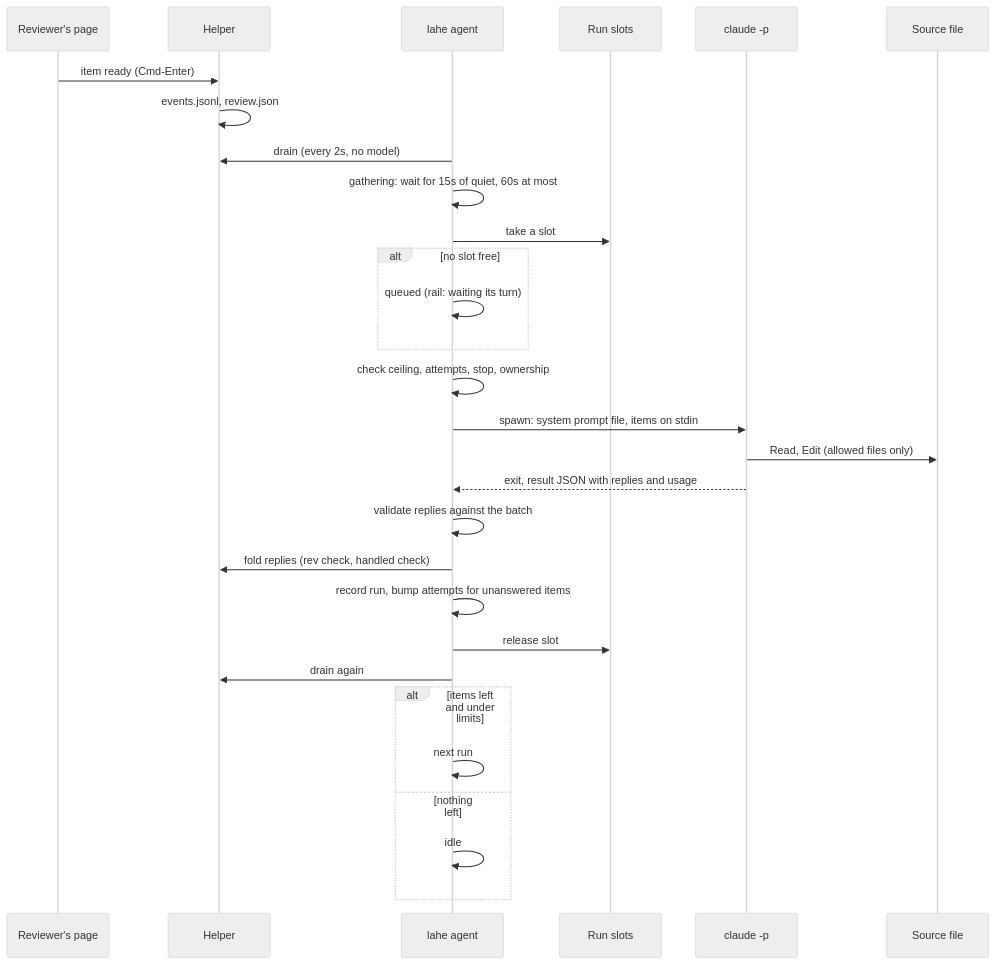
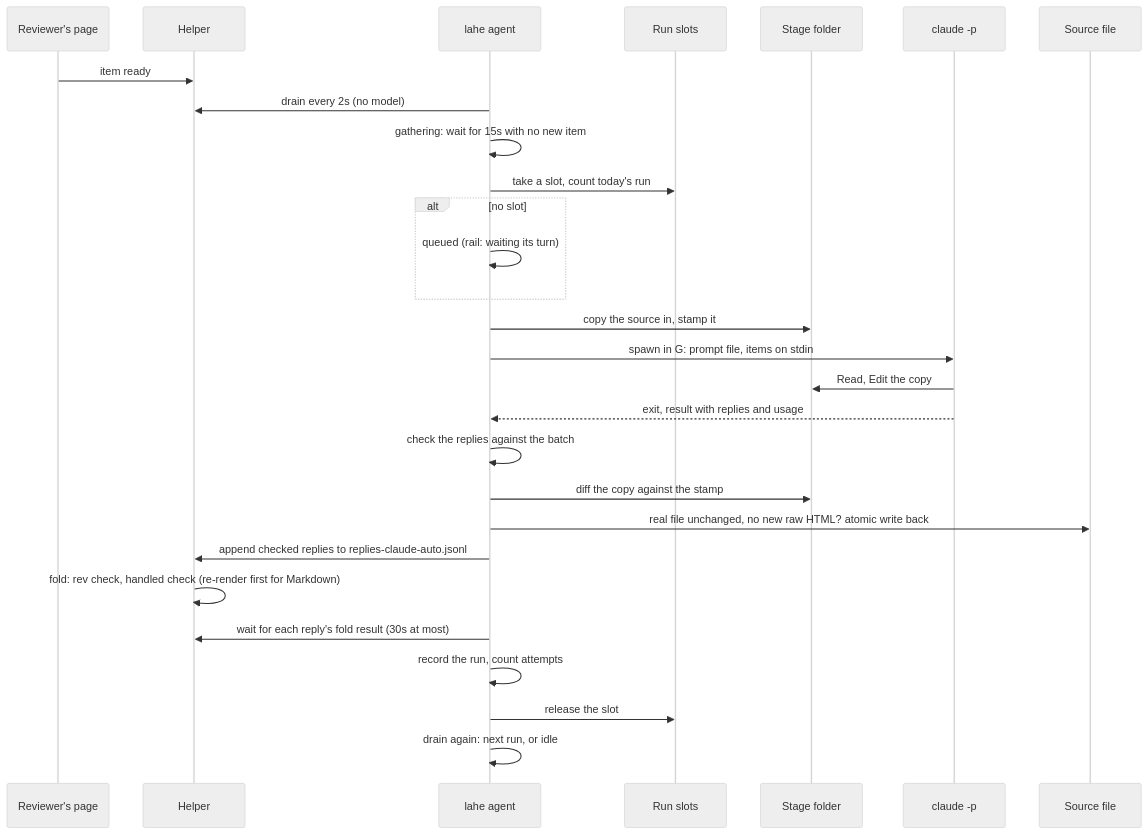
The third of 6 diagrams in docs/features/20260929.01_lahe_agent_sdk/02_architecture_lahe_agent_sdk.md (kenxle/live-agentic-html-editor), drawn with Mermaid (neutral theme) before and after one commit. The commit also changed other lines of this file and 1 other file, not shown here.

````diff
--- a/docs/features/20260929.01_lahe_agent_sdk/02_architecture_lahe_agent_sdk.md
+++ b/docs/features/20260929.01_lahe_agent_sdk/02_architecture_lahe_agent_sdk.md
@@ -190,32 +258,31 @@
 ```mermaid
 sequenceDiagram
-  participant R as Reviewer's page
+  participant P as Reviewer's page
   participant H as Helper
   participant A as lahe agent
   participant L as Run slots
+  participant G as Stage folder
   participant C as claude -p
   participant F as Source file
 
-  R->>H: item ready (Cmd-Enter)
-  H->>H: events.jsonl, review.json
-  A->>H: drain (every 2s, no model)
-  A->>A: gathering: wait for 15s of quiet, 60s at most
-  A->>L: take a slot
-  alt no slot free
+  P->>H: item ready
+  A->>H: drain every 2s (no model)
+  A->>A: gathering: wait for 15s with no new item
+  A->>L: take a slot, count today's run
+  alt no slot
     A->>A: queued (rail: waiting its turn)
   end
-  A->>A: check ceiling, attempts, stop, ownership
-  A->>C: spawn: system prompt file, items on stdin
-  C->>F: Read, Edit (allowed files only)
-  C-->>A: exit, result JSON with replies and usage
-  A->>A: validate replies against the batch
-  A->>H: fold replies (rev check, handled check)
-  A->>A: record run, bump attempts for unanswered items
-  A->>L: release slot
-  A->>H: drain again
-  alt items left and under limits
-    A->>A: next run
-  else nothing left
-    A->>A: idle
-  end
+  A->>G: copy the source in, stamp it
+  A->>C: spawn in G: prompt file, items on stdin
+  C->>G: Read, Edit the copy
+  C-->>A: exit, result with replies and usage
+  A->>A: check the replies against the batch
+  A->>G: diff the copy against the stamp
+  A->>F: real file unchanged, no new raw HTML? atomic write back
+  A->>H: append checked replies to replies-claude-auto.jsonl
+  H->>H: fold: rev check, handled check (re-render first for Markdown)
+  A->>H: wait for each reply's fold result (30s at most)
+  A->>A: record the run, count attempts
+  A->>L: release the slot
+  A->>A: drain again: next run, or idle
 ```
````
